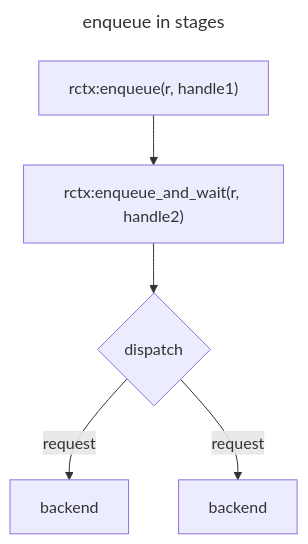
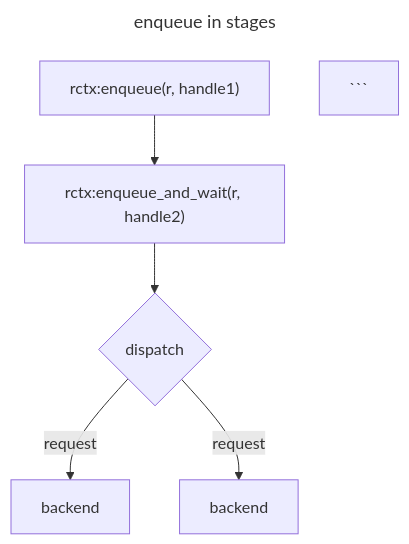
The third of 3 diagrams in Proxy.md (memcached/memcached.github.io), drawn with Mermaid before and after one commit. The commit also changed other lines of this file, not shown here.

Commit message:
mermaid charts

````diff
--- a/Proxy.md
+++ b/Proxy.md
@@ -389,10 +391,11 @@
-```mermaid
+<pre class="mermaid">
 ---
 title: enqueue in stages
 ---
 flowchart TD
     A["rctx:enqueue(r, handle1)"] -->B["rctx:enqueue_and_wait(r, handle2)"]
     B --> C{dispatch}
     C -->|request| D[backend]
     C -->|request| E[backend]
 ```
+</pre>
````
